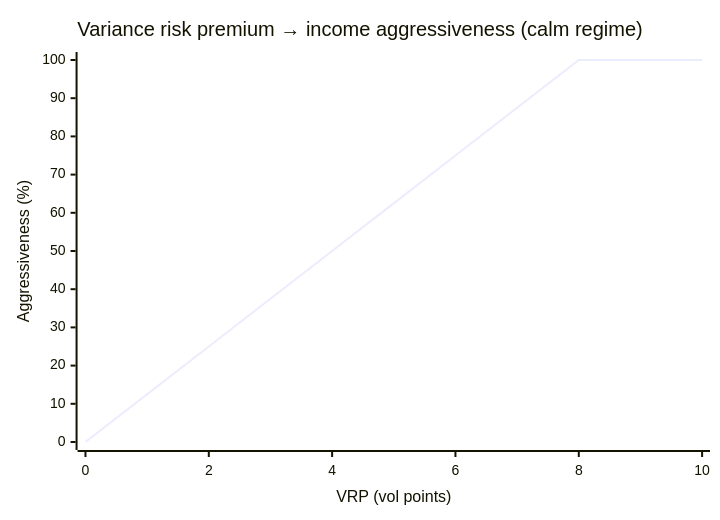
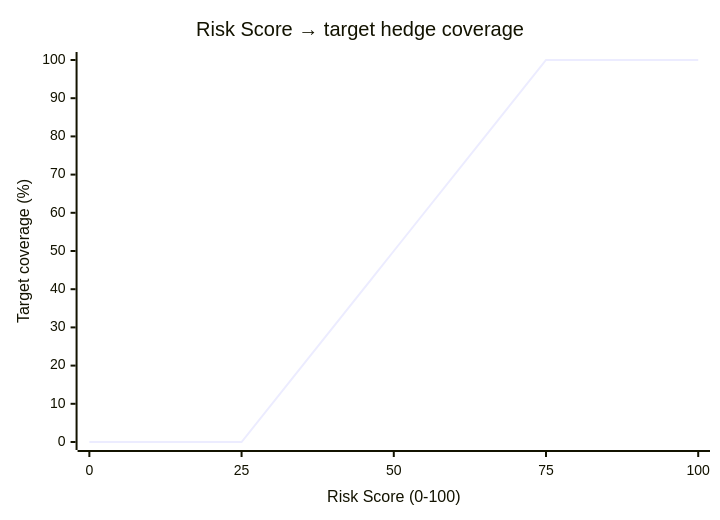
The fourth of 6 diagrams in README.md (chiragshah2357/Alpaca-Trading-Hackathon-Final), drawn with Mermaid before and after one commit. The commit also changed other lines of this file and 29 other files, not shown here.

````diff
--- a/README.md
+++ b/README.md
@@ -240,7 +185,7 @@
 ```mermaid
 xychart-beta
-    title "Variance risk premium → income aggressiveness (calm regime)"
-    x-axis "VRP (vol points)" [0, 2, 4, 6, 8, 10]
-    y-axis "Aggressiveness (%)" 0 --> 100
-    line [0, 25, 50, 75, 100, 100]
+    title "Risk Score → target hedge coverage"
+    x-axis "Risk Score (0-100)" [0, 25, 50, 75, 100]
+    y-axis "Target coverage (%)" 0 --> 100
+    line [0, 0, 50, 100, 100]
 ```
````
